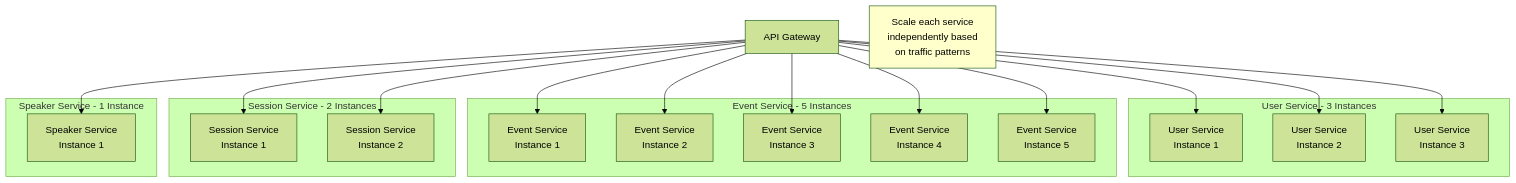
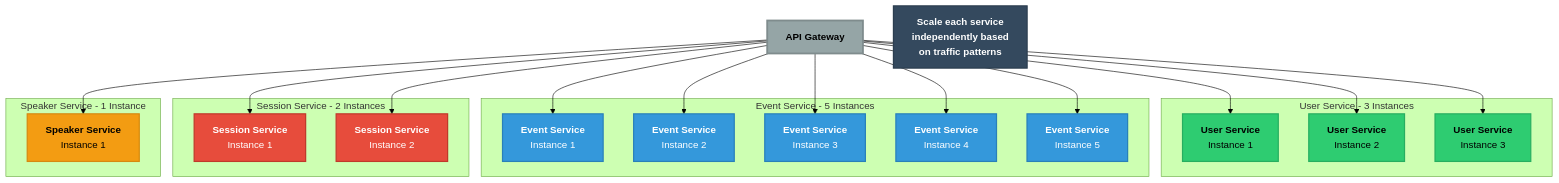
The fifth of 9 diagrams in diagrams/microservices-architecture.md (martimmpr/epicjunior-backend-db-course), drawn with Mermaid (forest theme) before and after one commit. The commit also changed other lines of this file and 3 other files, not shown here.

Commit message:
docs: Improved Diagrams Readability.

````diff
--- a/diagrams/microservices-architecture.md
+++ b/diagrams/microservices-architecture.md
@@ -191,36 +195,48 @@
 ```mermaid
 graph TB
-    GW[API Gateway]
+    GW["<b>API Gateway</b>"]
     
     subgraph "User Service - 3 Instances"
-        US1[User Service<br/>Instance 1]
-        US2[User Service<br/>Instance 2]
-        US3[User Service<br/>Instance 3]
+        US1["<b>User Service</b><br/>Instance 1"]
+        US2["<b>User Service</b><br/>Instance 2"]
+        US3["<b>User Service</b><br/>Instance 3"]
     end
     
     subgraph "Event Service - 5 Instances"
-        ES1[Event Service<br/>Instance 1]
-        ES2[Event Service<br/>Instance 2]
-        ES3[Event Service<br/>Instance 3]
-        ES4[Event Service<br/>Instance 4]
-        ES5[Event Service<br/>Instance 5]
+        ES1["<b>Event Service</b><br/>Instance 1"]
+        ES2["<b>Event Service</b><br/>Instance 2"]
+        ES3["<b>Event Service</b><br/>Instance 3"]
+        ES4["<b>Event Service</b><br/>Instance 4"]
+        ES5["<b>Event Service</b><br/>Instance 5"]
     end
     
     subgraph "Session Service - 2 Instances"
-        SS1[Session Service<br/>Instance 1]
-        SS2[Session Service<br/>Instance 2]
+        SS1["<b>Session Service</b><br/>Instance 1"]
+        SS2["<b>Session Service</b><br/>Instance 2"]
     end
     
     subgraph "Speaker Service - 1 Instance"
-        SpS1[Speaker Service<br/>Instance 1]
+        SpS1["<b>Speaker Service</b><br/>Instance 1"]
     end
     
     GW --> US1 & US2 & US3
     GW --> ES1 & ES2 & ES3 & ES4 & ES5
     GW --> SS1 & SS2
     GW --> SpS1
     
-    Note[Scale each service<br/>independently based<br/>on traffic patterns]
+    Note["<b>Scale each service<br/>independently based<br/>on traffic patterns</b>"]
     
-    style Note fill:#FFFFCC
+    style Note fill:#34495e,stroke:#2c3e50,stroke-width:2px,color:#fff
+    style GW fill:#95a5a6,stroke:#7f8c8d,stroke-width:3px,color:#000
+    style US1 fill:#2ecc71,stroke:#27ae60,stroke-width:2px,color:#000
+    style US2 fill:#2ecc71,stroke:#27ae60,stroke-width:2px,color:#000
+    style US3 fill:#2ecc71,stroke:#27ae60,stroke-width:2px,color:#000
+    style ES1 fill:#3498db,stroke:#2980b9,stroke-width:2px,color:#fff
+    style ES2 fill:#3498db,stroke:#2980b9,stroke-width:2px,color:#fff
+    style ES3 fill:#3498db,stroke:#2980b9,stroke-width:2px,color:#fff
+    style ES4 fill:#3498db,stroke:#2980b9,stroke-width:2px,color:#fff
+    style ES5 fill:#3498db,stroke:#2980b9,stroke-width:2px,color:#fff
+    style SS1 fill:#e74c3c,stroke:#c0392b,stroke-width:2px,color:#fff
+    style SS2 fill:#e74c3c,stroke:#c0392b,stroke-width:2px,color:#fff
+    style SpS1 fill:#f39c12,stroke:#d68910,stroke-width:2px,color:#000
 ```
````
